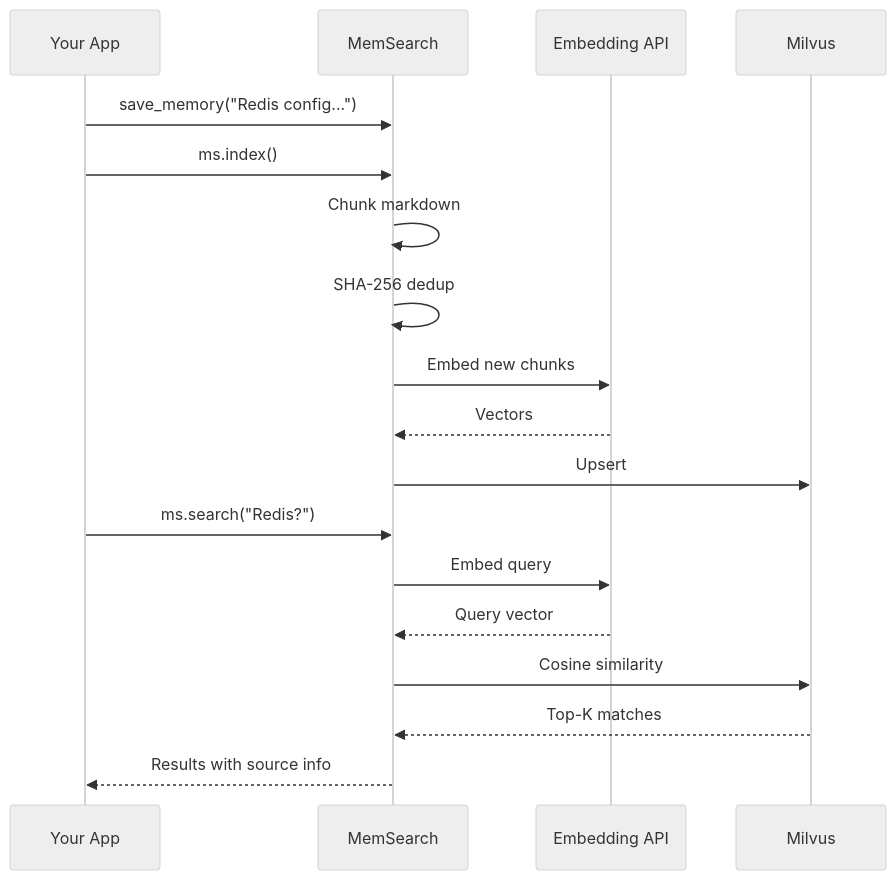
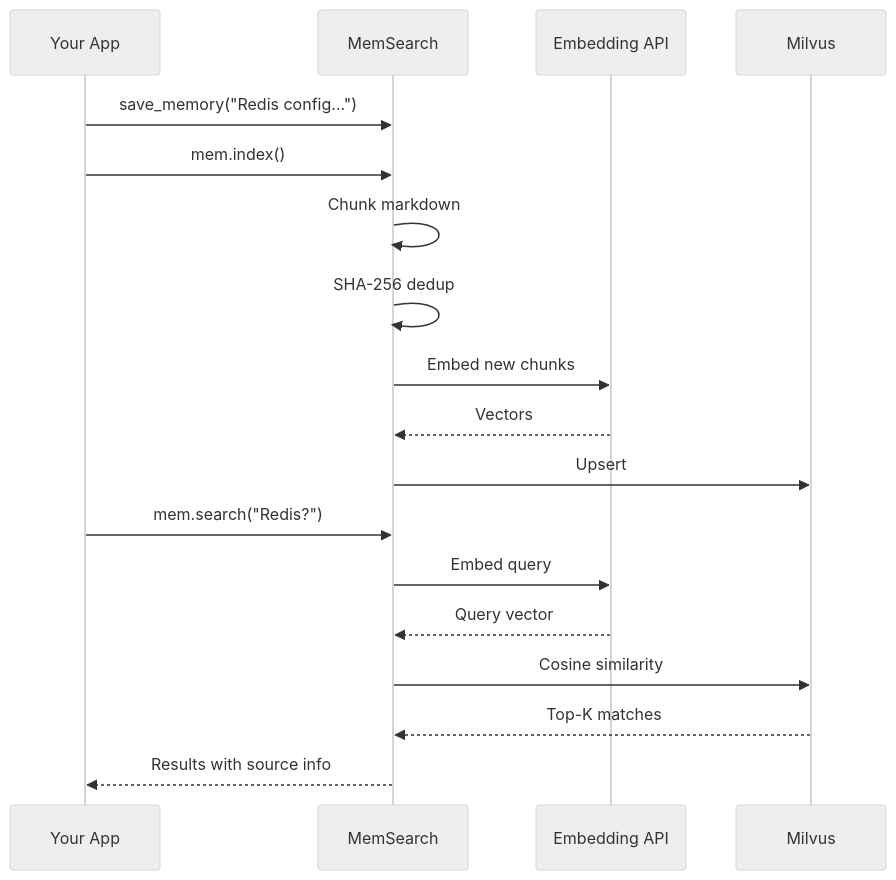
The first of 2 diagrams in docs/getting-started.md (zilliztech/memsearch), drawn with Mermaid (neutral theme) before and after one commit. The commit also changed other lines of this file and 4 other files, not shown here.

````diff
--- a/docs/getting-started.md
+++ b/docs/getting-started.md
@@ -30,21 +30,21 @@
 ```mermaid
 sequenceDiagram
     participant U as Your App
     participant M as MemSearch
     participant E as Embedding API
     participant V as Milvus
 
     U->>M: save_memory("Redis config...")
-    U->>M: ms.index()
+    U->>M: mem.index()
     M->>M: Chunk markdown
     M->>M: SHA-256 dedup
     M->>E: Embed new chunks
     E-->>M: Vectors
     M->>V: Upsert
-    U->>M: ms.search("Redis?")
+    U->>M: mem.search("Redis?")
     M->>E: Embed query
     E-->>M: Query vector
     M->>V: Cosine similarity
     V-->>M: Top-K matches
     M-->>U: Results with source info
 ```
````
